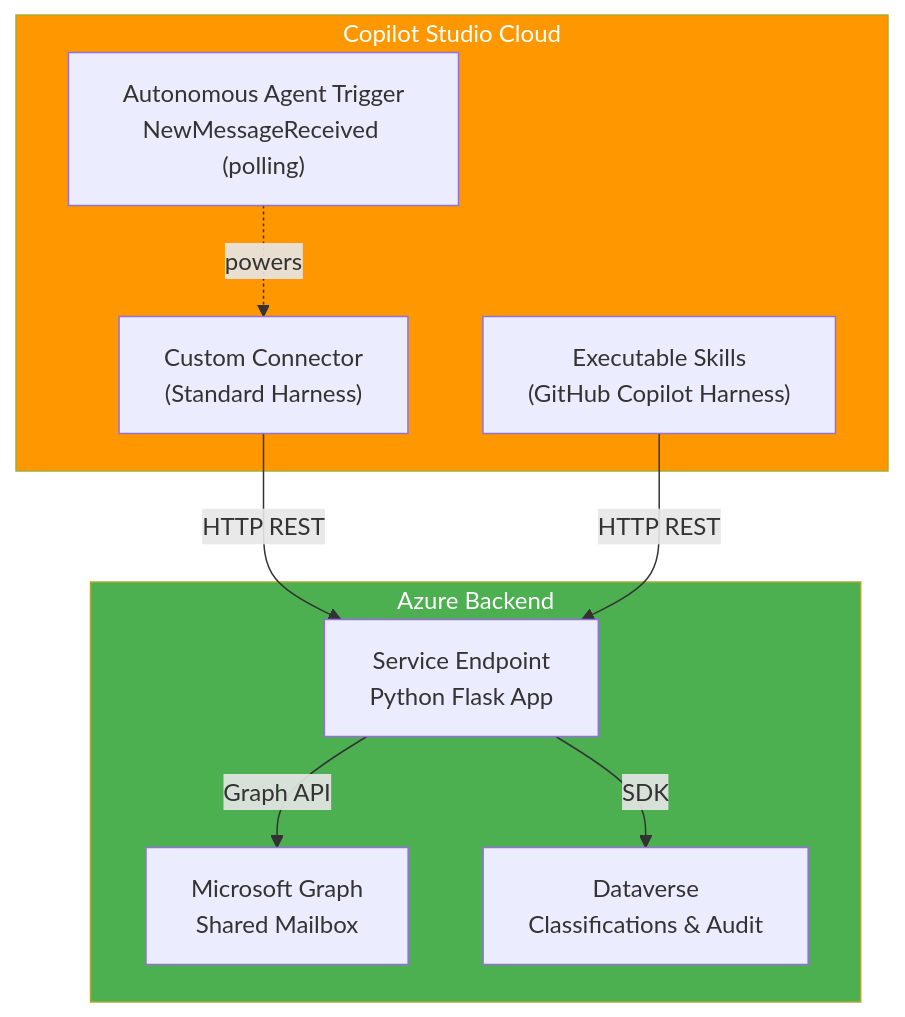
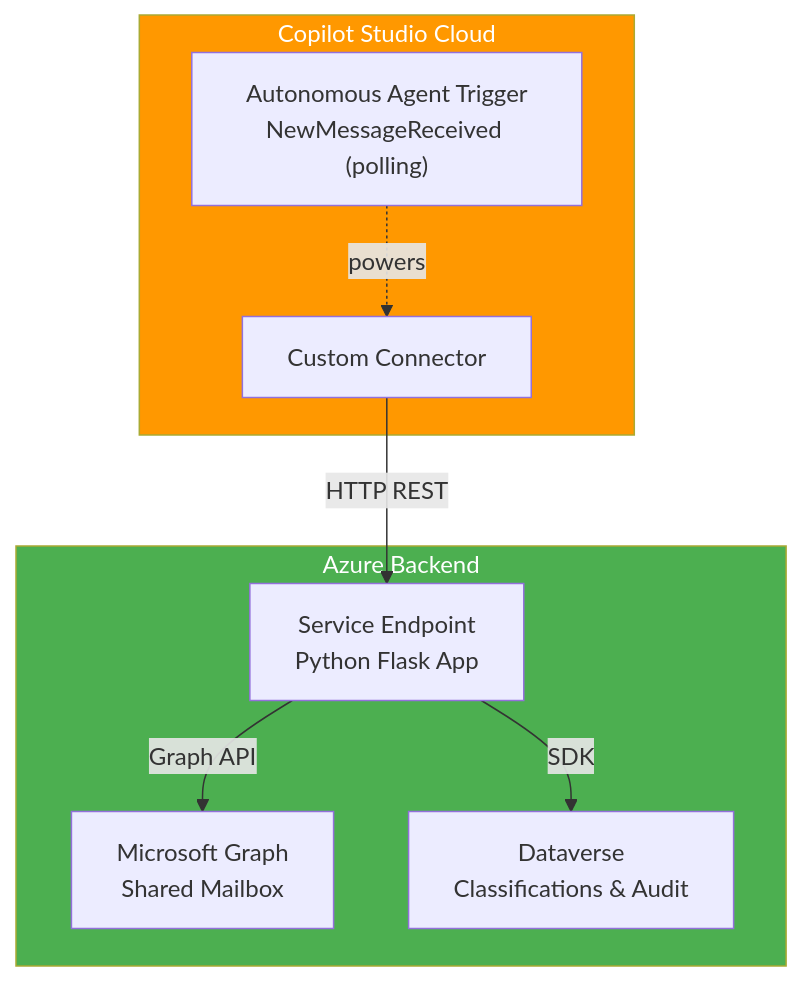
The diagram in README.md (holgerimbery/bridge365), drawn with Mermaid before and after one commit. The commit also changed other lines of this file and 9 other files, not shown here.

````diff
--- a/README.md
+++ b/README.md
@@ -83,21 +83,19 @@
 ```mermaid
 graph TB
     subgraph CopilotStudio["Copilot Studio Cloud"]
-        CONN["Custom Connector<br/>(Standard Harness)"]
+        CONN["Custom Connector"]
         TRIG["Autonomous Agent Trigger<br/>NewMessageReceived (polling)"]
-        EXSKILL["Executable Skills<br/>(GitHub Copilot Harness)"]
     end
 
     TRIG -.->|powers| CONN
     CONN -->|HTTP REST| BACKEND
-    EXSKILL -->|HTTP REST| BACKEND
 
     subgraph Azure["Azure Backend"]
         BACKEND["Service Endpoint<br/>Python Flask App"]
         BACKEND -->|Graph API| GRAPH["Microsoft Graph<br/>Shared Mailbox"]
         BACKEND -->|SDK| DV["Dataverse<br/>Classifications & Audit"]
     end
 
     style CopilotStudio fill:#FF9800,color:#fff
     style Azure fill:#4CAF50,color:#fff
 ```
````
